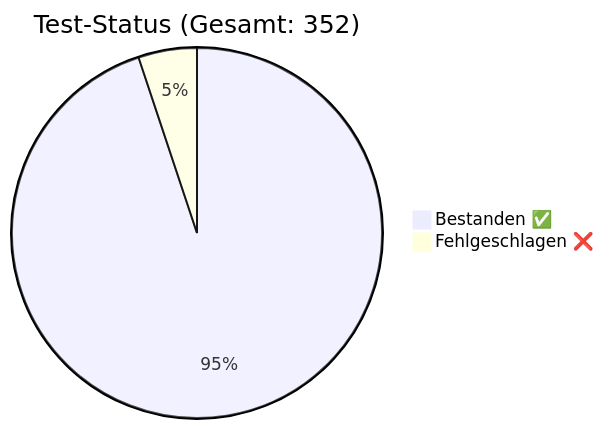
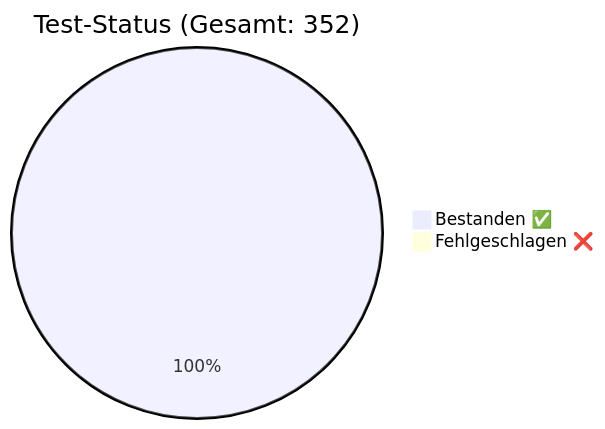
One commit to rorila/GCS changed the diagram in docs/QA_Report.md. Above: the diagram before and after it, drawn with Mermaid. The commit also changed other lines of this file and 15 other files, not shown here.

````diff
--- a/docs/QA_Report.md
+++ b/docs/QA_Report.md
@@ -8,5 +8,5 @@
 ```mermaid
 pie title Test-Status (Gesamt: 352)
-    "Bestanden ✅" : 334
-    "Fehlgeschlagen ❌" : 18
+    "Bestanden ✅" : 352
+    "Fehlgeschlagen ❌" : 0
 ```
````
